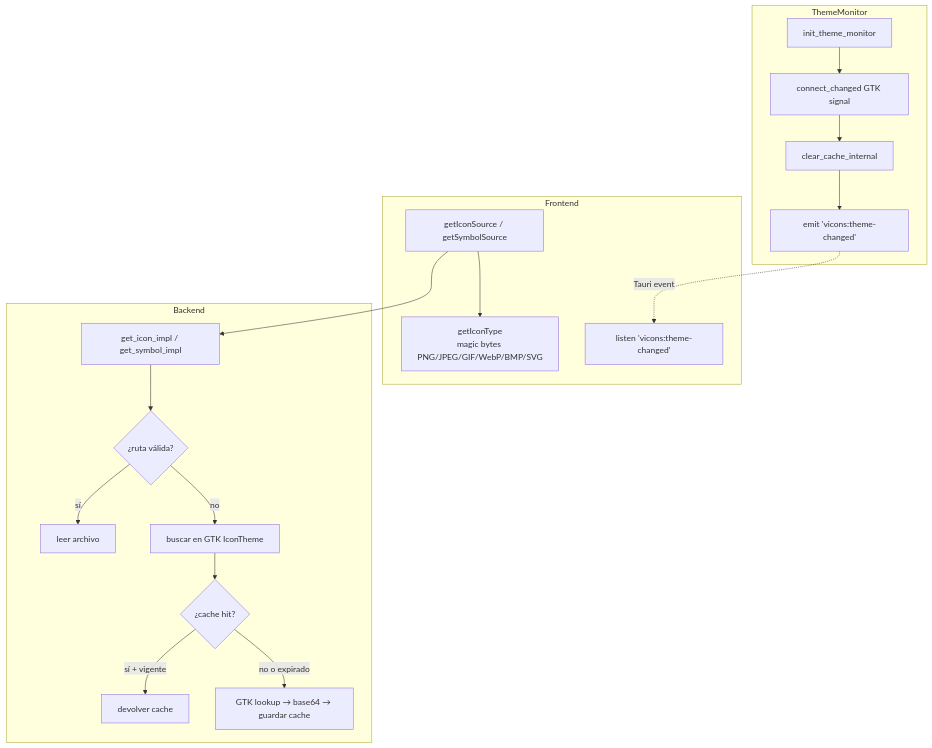
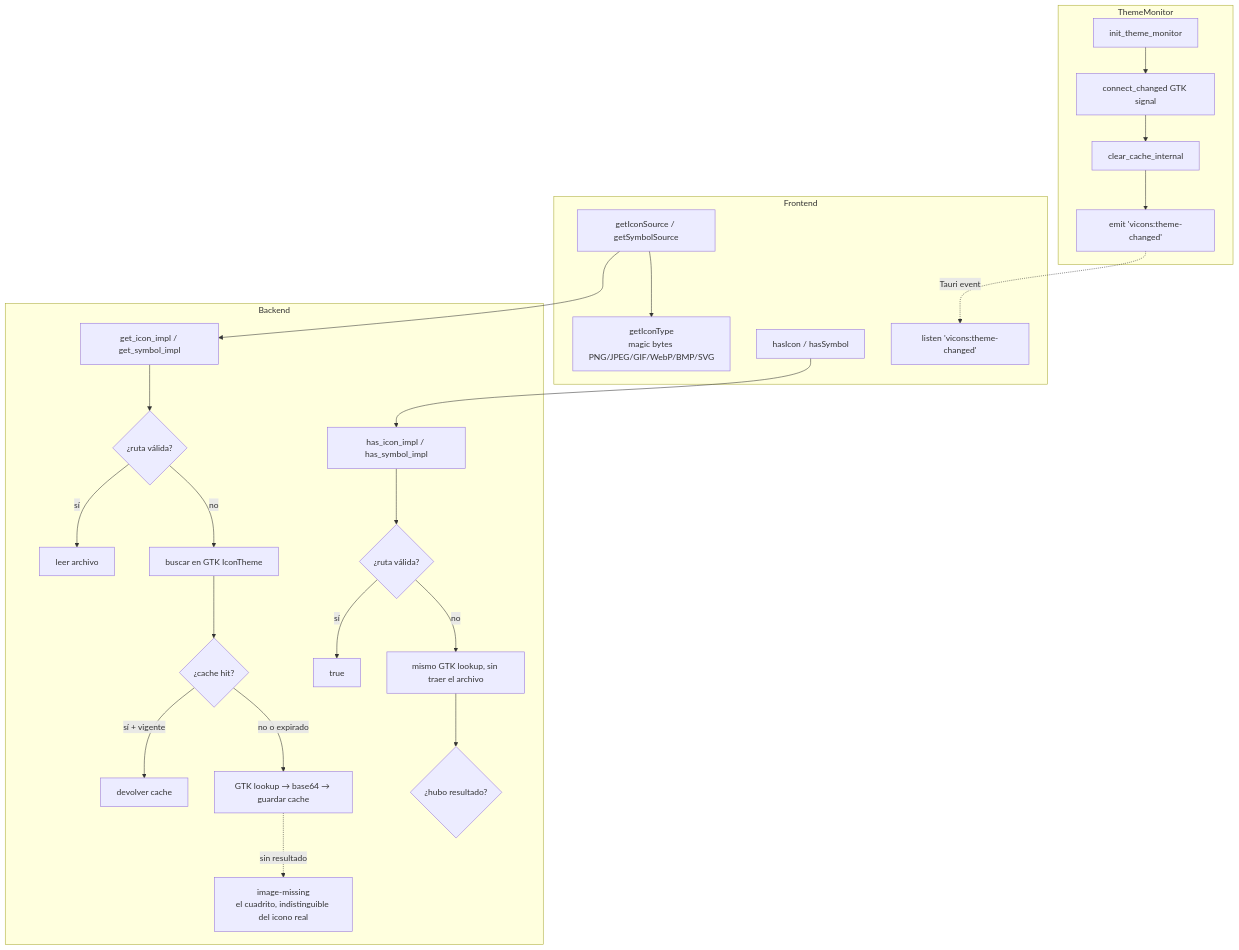
One commit to Vasak-OS/tauri-plugin-vicons changed the diagram in README.md. Above: the diagram before and after it, drawn with Mermaid. The commit also changed other lines of this file and 13 other files, not shown here.

````diff
--- a/README.md
+++ b/README.md
@@ -156,25 +187,33 @@
 ```mermaid
 flowchart TB
     subgraph Frontend
         A[getIconSource / getSymbolSource] --> B[getIconType<br/>magic bytes PNG/JPEG/GIF/WebP/BMP/SVG]
+        O[hasIcon / hasSymbol]
         C[listen 'vicons:theme-changed']
     end
 
     subgraph Backend
         D[get_icon_impl / get_symbol_impl] --> E{¿ruta válida?}
         E -->|sí| F[leer archivo]
         E -->|no| G[buscar en GTK IconTheme]
         G --> H{¿cache hit?}
         H -->|sí + vigente| I[devolver cache]
         H -->|no o expirado| J[GTK lookup → base64 → guardar cache]
+        J -.->|sin resultado| J2[image-missing<br/>el cuadrito, indistinguible del icono real]
+
+        P[has_icon_impl / has_symbol_impl] --> E2{¿ruta válida?}
+        E2 -->|sí| P1[true]
+        E2 -->|no| P2[mismo GTK lookup, sin traer el archivo]
+        P2 --> P3{¿hubo resultado?}
     end
 
     subgraph ThemeMonitor
         K[init_theme_monitor] --> L[connect_changed GTK signal]
         L --> M[clear_cache_internal]
         M --> N[emit 'vicons:theme-changed']
     end
 
     A --> D
+    O[hasIcon / hasSymbol] --> P
     N -.->|Tauri event| C
 ```
````
